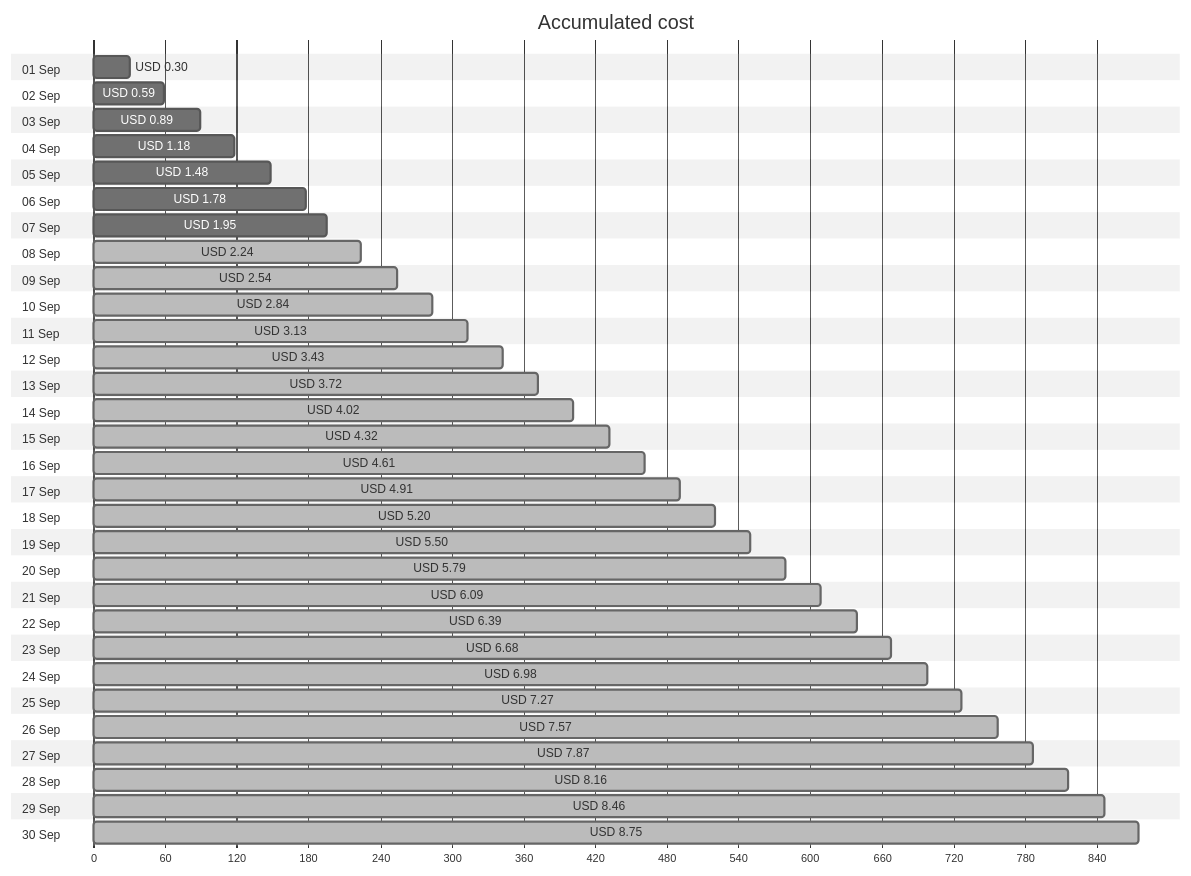
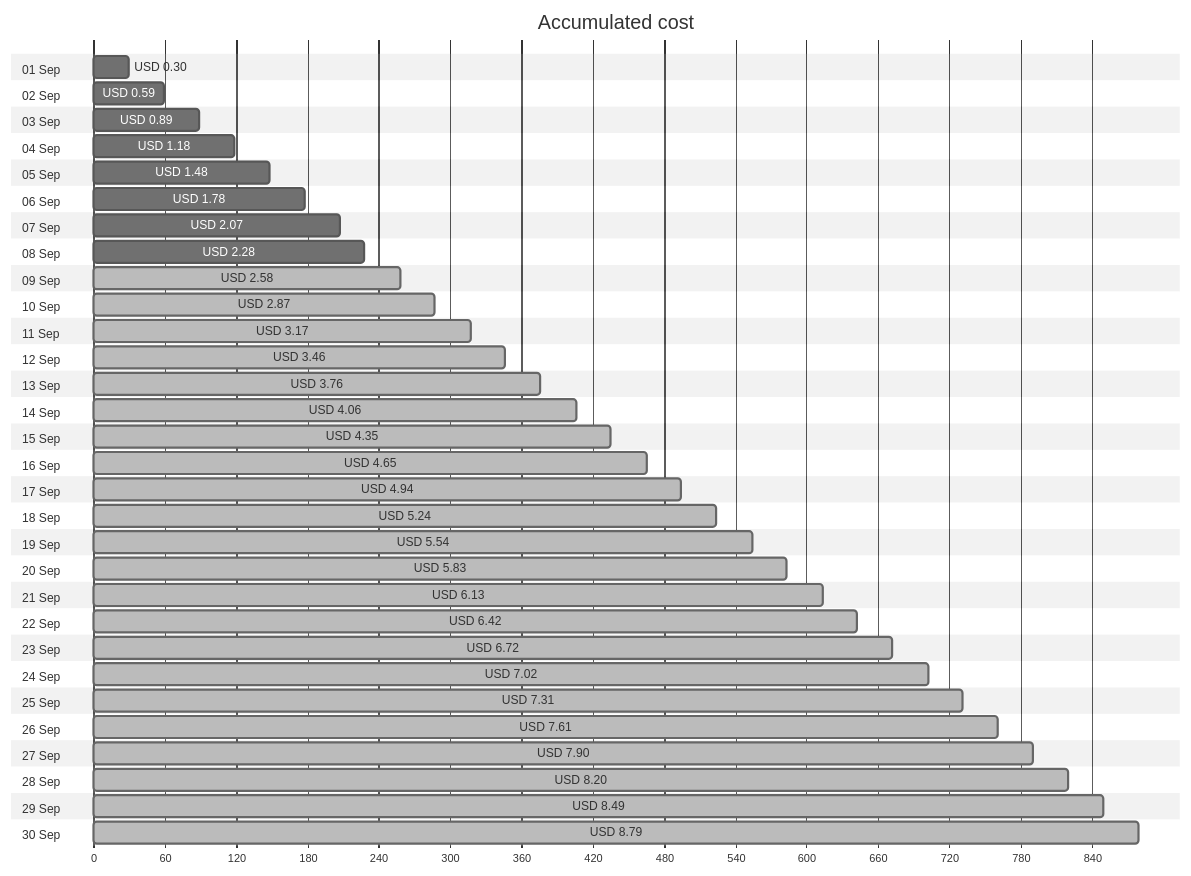
Before and after one commit to jpfulton/azure-personal-reports: the first of 4 diagrams in cost-reports/personal-site/personal-site-preview.md, drawn with Mermaid (neutral theme). The commit also changed other lines of this file and 6 other files, not shown here.

````diff
--- a/cost-reports/personal-site/personal-site-preview.md
+++ b/cost-reports/personal-site/personal-site-preview.md
@@ -20,66 +20,66 @@
 ```mermaid
 gantt
    title Accumulated cost
    dateFormat  X
    axisFormat %s
    section 01 Sep
    USD 0.30 :0, 30
    section 02 Sep
    USD 0.59 :0, 59
    section 03 Sep
    USD 0.89 :0, 89
    section 04 Sep
    USD 1.18 :0, 118
    section 05 Sep
    USD 1.48 :0, 148
    section 06 Sep
    USD 1.78 :0, 178
    section 07 Sep
-   USD 1.95 :0, 195
+   USD 2.07 :0, 207
    section 08 Sep
-   USD 2.24 : done, 0, 224
+   USD 2.28 :0, 228
    section 09 Sep
-   USD 2.54 : done, 0, 254
+   USD 2.58 : done, 0, 258
    section 10 Sep
-   USD 2.84 : done, 0, 284
+   USD 2.87 : done, 0, 287
    section 11 Sep
-   USD 3.13 : done, 0, 313
+   USD 3.17 : done, 0, 317
    section 12 Sep
-   USD 3.43 : done, 0, 343
+   USD 3.46 : done, 0, 346
    section 13 Sep
-   USD 3.72 : done, 0, 372
+   USD 3.76 : done, 0, 376
    section 14 Sep
-   USD 4.02 : done, 0, 402
+   USD 4.06 : done, 0, 406
    section 15 Sep
-   USD 4.32 : done, 0, 432
+   USD 4.35 : done, 0, 435
    section 16 Sep
-   USD 4.61 : done, 0, 461
+   USD 4.65 : done, 0, 465
    section 17 Sep
-   USD 4.91 : done, 0, 491
+   USD 4.94 : done, 0, 494
    section 18 Sep
-   USD 5.20 : done, 0, 520
+   USD 5.24 : done, 0, 524
    section 19 Sep
-   USD 5.50 : done, 0, 550
+   USD 5.54 : done, 0, 554
    section 20 Sep
-   USD 5.79 : done, 0, 579
+   USD 5.83 : done, 0, 583
    section 21 Sep
-   USD 6.09 : done, 0, 609
+   USD 6.13 : done, 0, 613
    section 22 Sep
-   USD 6.39 : done, 0, 639
+   USD 6.42 : done, 0, 642
    section 23 Sep
-   USD 6.68 : done, 0, 668
+   USD 6.72 : done, 0, 672
    section 24 Sep
-   USD 6.98 : done, 0, 698
+   USD 7.02 : done, 0, 702
    section 25 Sep
-   USD 7.27 : done, 0, 727
+   USD 7.31 : done, 0, 731
    section 26 Sep
-   USD 7.57 : done, 0, 757
+   USD 7.61 : done, 0, 761
    section 27 Sep
-   USD 7.87 : done, 0, 787
+   USD 7.90 : done, 0, 790
    section 28 Sep
-   USD 8.16 : done, 0, 816
+   USD 8.20 : done, 0, 820
    section 29 Sep
-   USD 8.46 : done, 0, 846
+   USD 8.49 : done, 0, 849
    section 30 Sep
-   USD 8.75 : done, 0, 875
+   USD 8.79 : done, 0, 879
 ```
````
